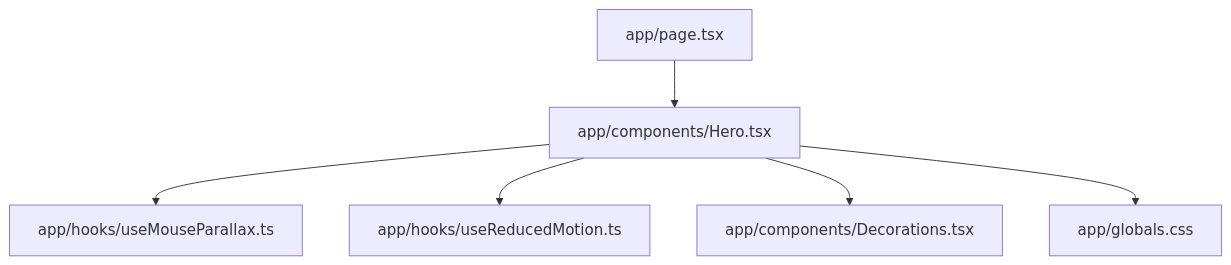
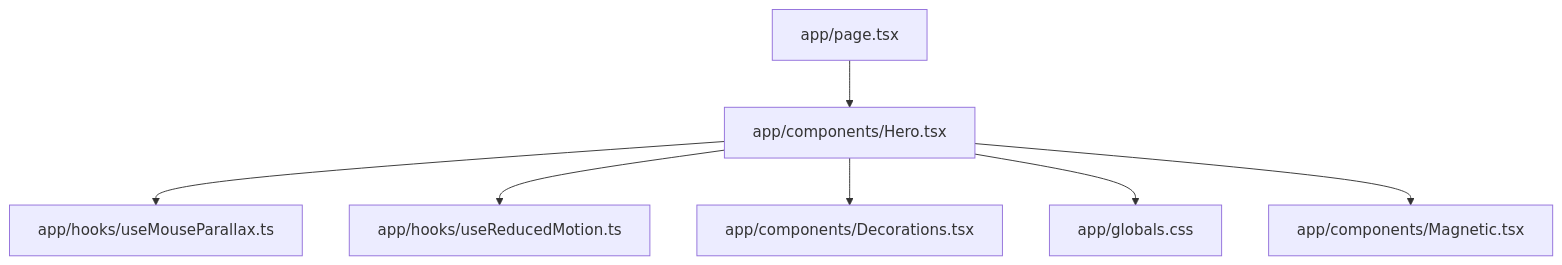
The first of 3 diagrams in .qoder/repowiki/en/content/Core Components/Hero Component.md (tee-15/portfolio-tee), drawn with Mermaid before and after one commit. The commit also changed other lines of this file and 27 other files, not shown here.

````diff
--- a/.qoder/repowiki/en/content/Core Components/Hero Component.md
+++ b/.qoder/repowiki/en/content/Core Components/Hero Component.md
@@ -41,8 +49,9 @@
 ```mermaid
 graph TB
 Page["app/page.tsx"] --> Hero["app/components/Hero.tsx"]
 Hero --> HooksParallax["app/hooks/useMouseParallax.ts"]
 Hero --> HooksReduced["app/hooks/useReducedMotion.ts"]
 Hero --> Decorations["app/components/Decorations.tsx"]
 Hero --> Styles["app/globals.css"]
+Hero --> Magnetic["app/components/Magnetic.tsx"]
 ```
````
